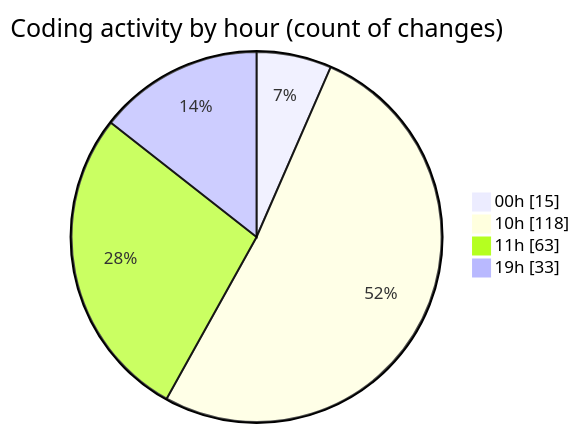
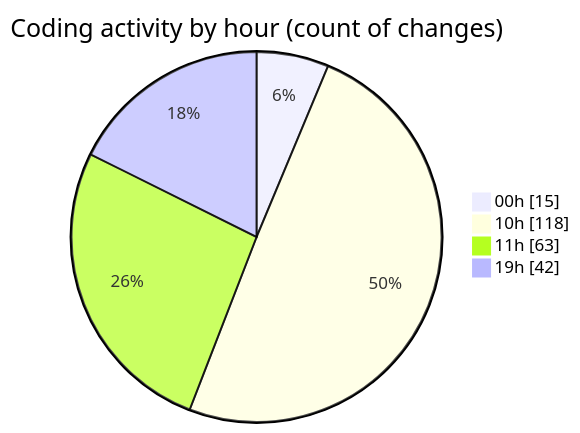
Before and after one commit to Ritupan-Deka/code-tracking: the second of 2 diagrams in 2026-01-11/dsa/README.md, drawn with Mermaid. The commit also changed other lines of this file and 1 other file, not shown here.

````diff
--- a/2026-01-11/dsa/README.md
+++ b/2026-01-11/dsa/README.md
@@ -29,8 +29,8 @@
 ```mermaid
 pie showData
 title Coding activity by hour (count of changes)
 "00h" : 15
 "10h" : 118
 "11h" : 63
-"19h" : 33
+"19h" : 42
 ```
````
